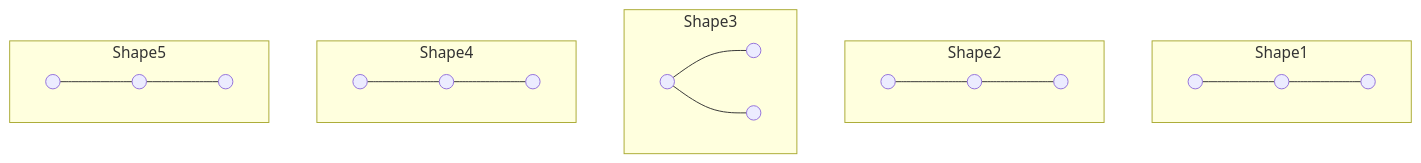
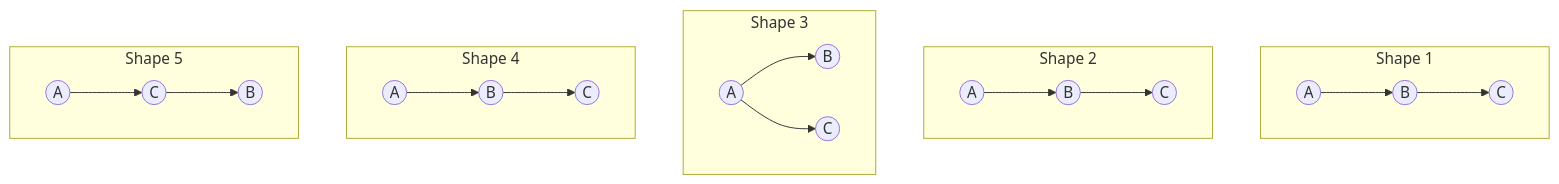
One commit to ARYAN-KUMAR-22/dsa changed the third of 7 diagrams in tree/03_number_of_binary_trees.md. Above: the diagram before and after it, drawn with Mermaid. The commit also changed other lines of this file, not shown here.

````diff
--- a/tree/03_number_of_binary_trees.md
+++ b/tree/03_number_of_binary_trees.md
@@ -18,21 +60,24 @@
 ```mermaid
 graph TD
-    subgraph Shape1
-        1(( )) --- 2(( )) --- 3(( ))
+    subgraph T1["Shape 1"]
+        A1((A)) --> B1((B)) --> C1((C))
     end
-    subgraph Shape2
-        4(( )) --- 5(( ))
-        5 --- 6(( ))
+    
+    subgraph T2["Shape 2"]
+        A2((A)) --> B2((B))
+        B2 --> C2((C))
     end
-    subgraph Shape3
-        7(( )) --- 8(( ))
-        7 --- 9(( ))
+    
+    subgraph T3["Shape 3"]
+        A3((A)) --> B3((B))
+        A3 --> C3((C))
     end
-    subgraph Shape4
-        10(( )) --- 11(( ))
-        11 --- 12(( ))
+    
+    subgraph T4["Shape 4"]
+        A4((A)) --> B4((B)) --> C4((C))
     end
-    subgraph Shape5
-        13(( )) --- 14(( )) --- 15(( ))
+    
+    subgraph T5["Shape 5"]
+        A5((A)) --> C5((C)) --> B5((B))
     end
 ```
````
